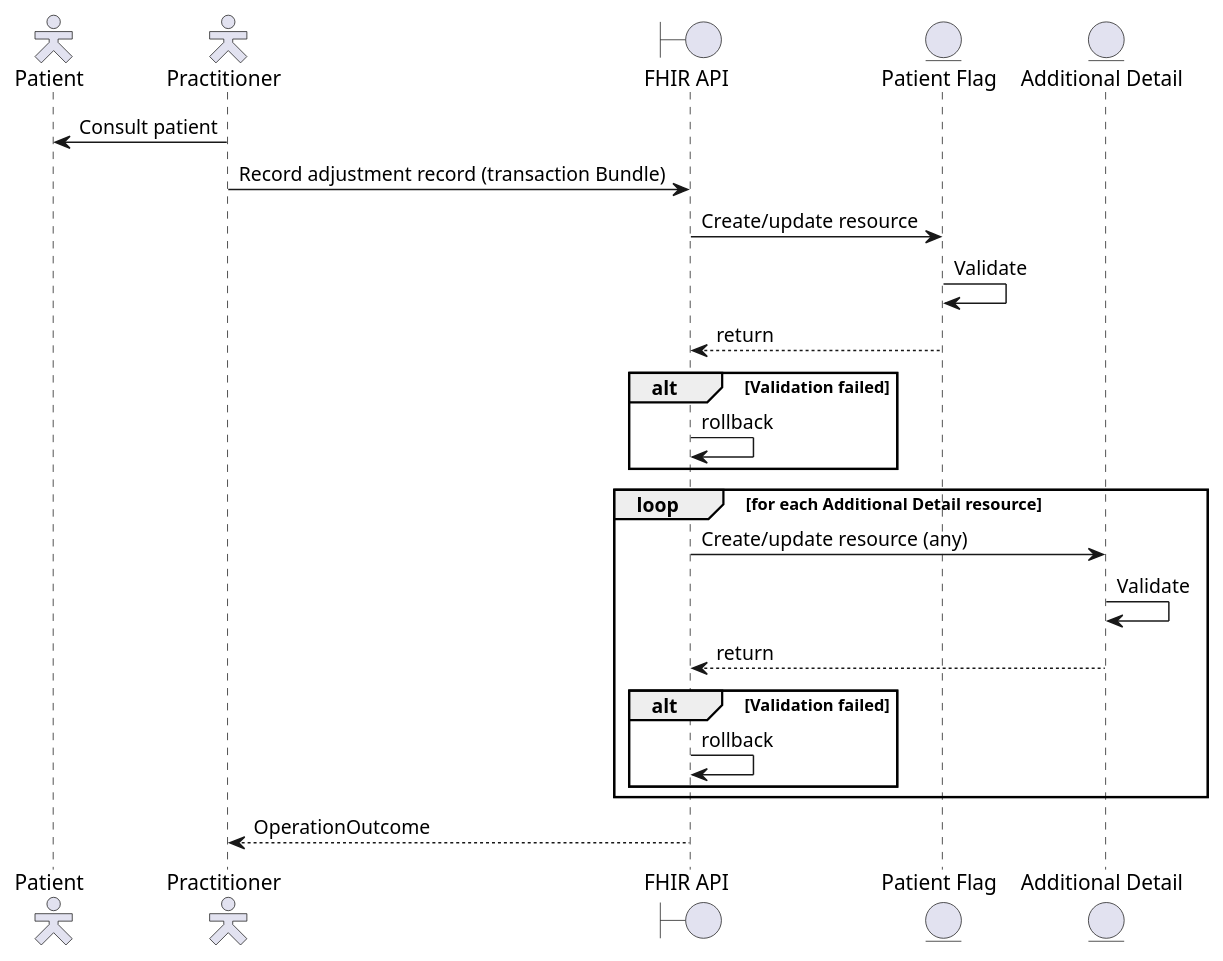
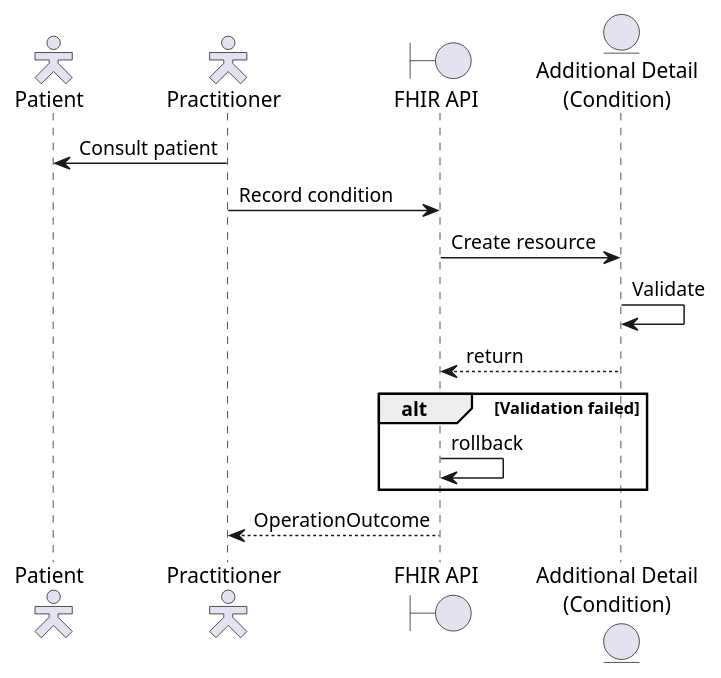
One commit to NHSDigital/ra-sandbox changed the diagram in input/images-source/add-ra-condition-sequence.plantuml. Above: the diagram before and after it, drawn with PlantUML. The commit also changed 7 other files, not shown here.

```diff
--- a/input/images-source/add-ra-condition-sequence.plantuml
+++ b/input/images-source/add-ra-condition-sequence.plantuml
@@ -1,31 +1,22 @@
 @startuml
 
 skinparam actorStyle hollow
 
 actor        "Patient"          as pat
 actor        "Practitioner"     as pra
 boundary     "FHIR API"         as api
-entity       "Patient Flag"     as flg
-entity       "Additional Detail"  as add
+entity       "Additional Detail\n(Condition)"  as add
 
 pra ->  pat : Consult patient
-pra ->  api : Record adjustment record (transaction Bundle)
+pra ->  api : Record condition
 
-api ->  flg : Create/update resource
-flg ->  flg : Validate
-api <-- flg : return
+api ->  add : Create resource
+add ->  add : Validate
+api <-- add : return
 alt Validation failed
   api -> api : rollback
 end
 
-loop for each Additional Detail resource
-  api ->  add : Create/update resource (any)
-  add ->  add : Validate
-  api <-- add : return
-  alt Validation failed
-    api -> api : rollback
-  end
-end
 pra <-- api : OperationOutcome
 
 @enduml
```
